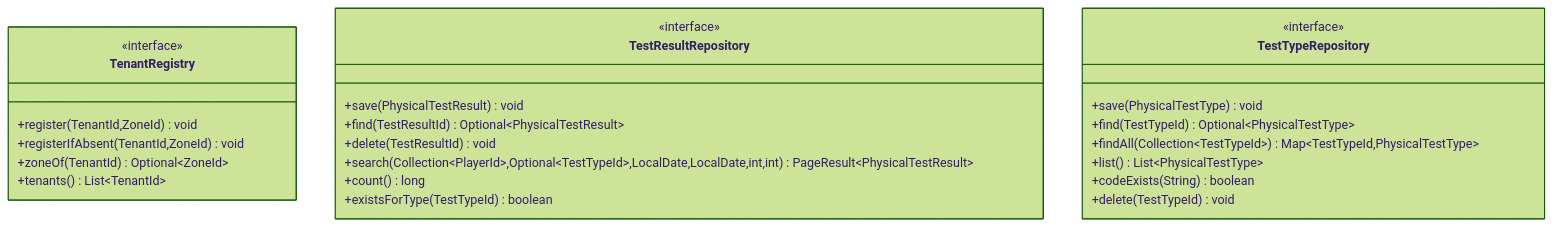
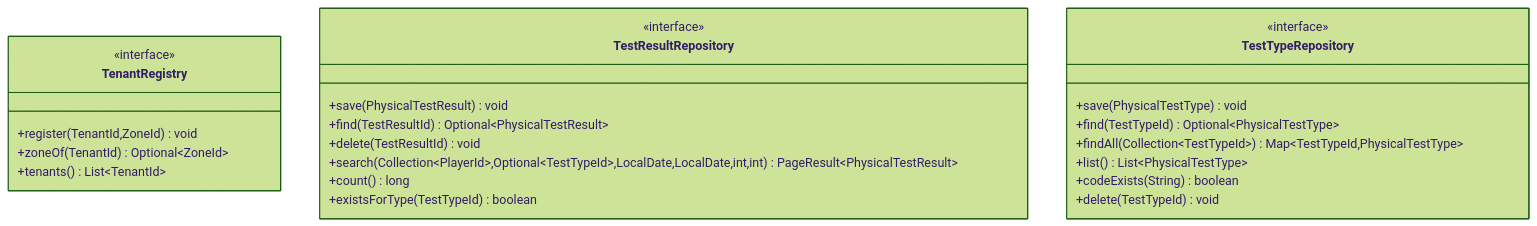
One commit to davidbejar/hoops-academy changed diagram 12 of 13 in docs/domain/athlete-model.md. Above: the diagram before and after it, drawn with Mermaid (forest theme). The commit also changed other lines of this file, not shown here.

Commit message:
docs(athlete): regenerate the model diagrams (just diagrams)

````diff
--- a/docs/domain/athlete-model.md
+++ b/docs/domain/athlete-model.md
@@ -928,28 +928,27 @@
 ```mermaid
 classDiagram
     class TenantRegistry {
         <<interface>>
         +register(TenantId,ZoneId) void
-        +registerIfAbsent(TenantId,ZoneId) void
         +zoneOf(TenantId) Optional~ZoneId~
         +tenants() List~TenantId~
     }
     class TestResultRepository {
         <<interface>>
         +save(PhysicalTestResult) void
         +find(TestResultId) Optional~PhysicalTestResult~
         +delete(TestResultId) void
         +search(Collection~PlayerId~,Optional~TestTypeId~,LocalDate,LocalDate,int,int) PageResult~PhysicalTestResult~
         +count() long
         +existsForType(TestTypeId) boolean
     }
     class TestTypeRepository {
         <<interface>>
         +save(PhysicalTestType) void
         +find(TestTypeId) Optional~PhysicalTestType~
         +findAll(Collection~TestTypeId~) Map~TestTypeId,PhysicalTestType~
         +list() List~PhysicalTestType~
         +codeExists(String) boolean
         +delete(TestTypeId) void
     }
 ```
````
